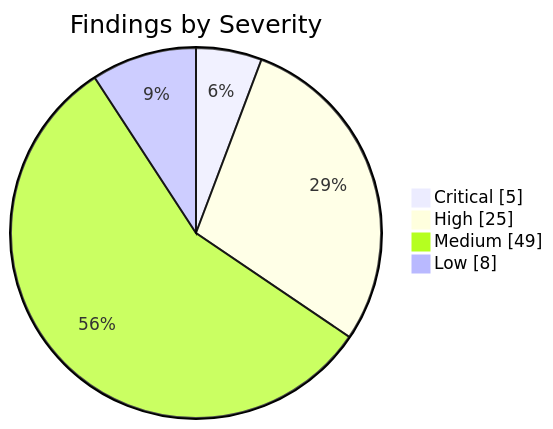
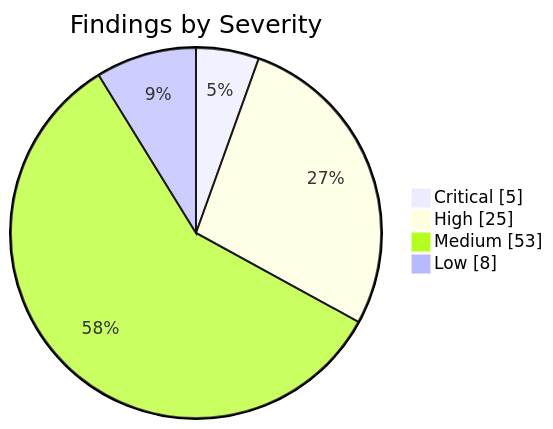
Before and after one commit to KBVE/kbve: the first of 2 diagrams in apps/kbve/astro-kbve/src/content/docs/dashboard/security.mdx, drawn with Mermaid. The commit also changed other lines of this file and 8 other files, not shown here.

````diff
--- a/apps/kbve/astro-kbve/src/content/docs/dashboard/security.mdx
+++ b/apps/kbve/astro-kbve/src/content/docs/dashboard/security.mdx
@@ -62,8 +62,8 @@
 ```mermaid
 pie showData
     title Findings by Severity
     "Critical" : 5
     "High" : 25
-    "Medium" : 49
+    "Medium" : 53
     "Low" : 8
 ```
````
